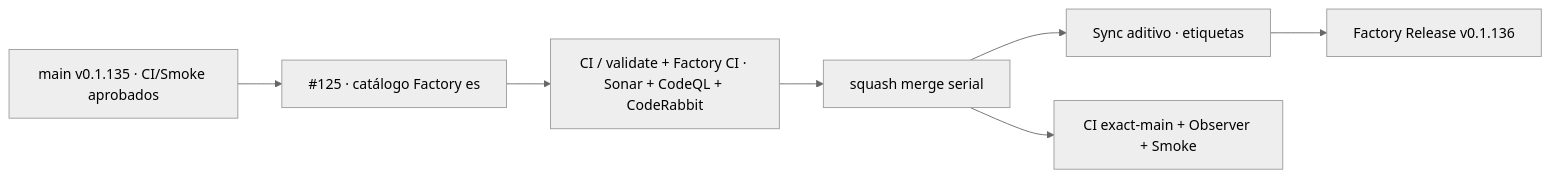
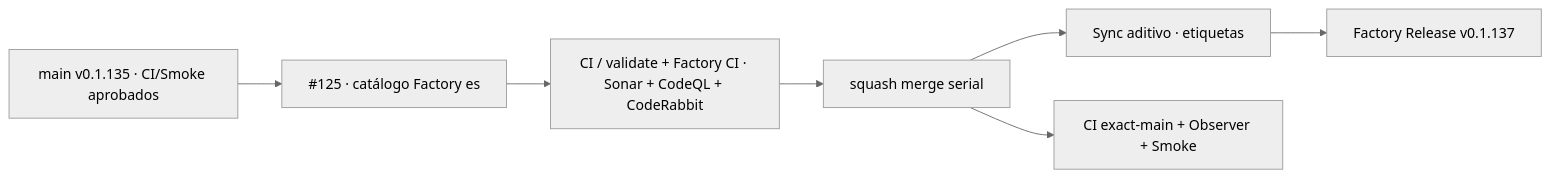
The diagram in README.md (pl0n3r/GrindFlow), drawn with Mermaid (neutral theme) before and after one commit. The commit also changed other lines of this file and 7 other files, not shown here.

````diff
--- a/README.md
+++ b/README.md
@@ -47,9 +47,9 @@
 ```mermaid
 flowchart LR
   A["main v0.1.135 · CI/Smoke aprobados"] --> P["#125 · catálogo Factory es"]
   P --> Q["CI / validate + Factory CI · Sonar + CodeQL + CodeRabbit"]
   Q --> M["squash merge serial"]
   M --> F["Sync aditivo · etiquetas"]
-  F --> R["Factory Release v0.1.136"]
+  F --> R["Factory Release v0.1.137"]
   M --> X["CI exact-main + Observer + Smoke"]
 ```
````
